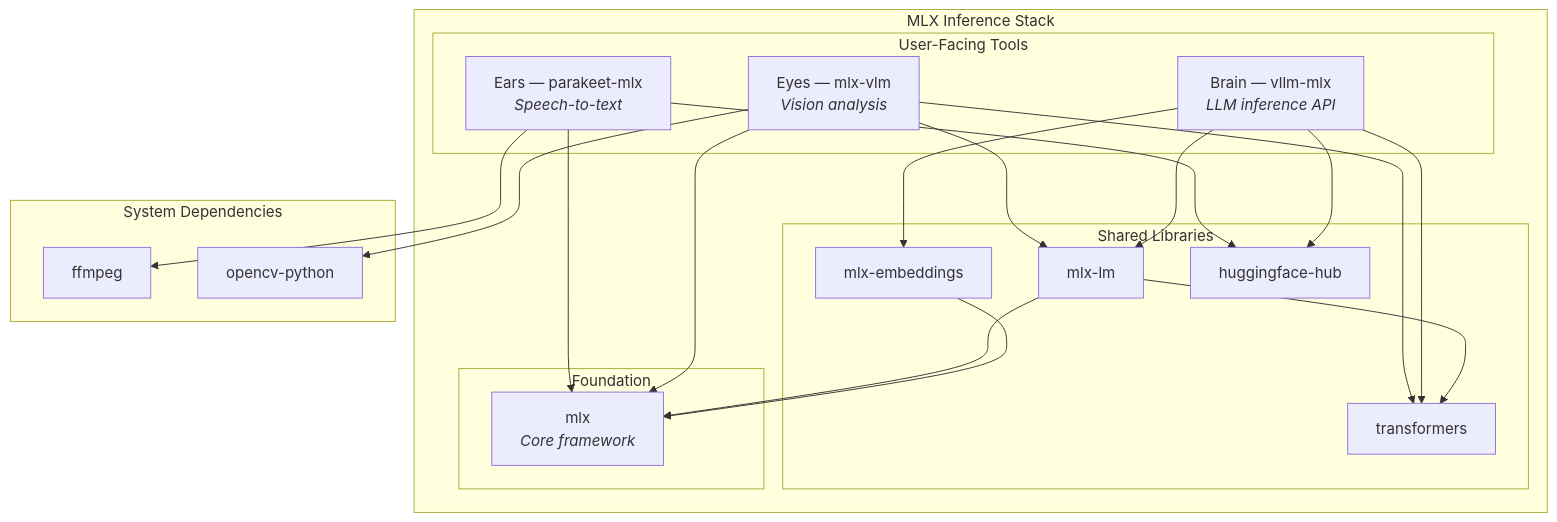
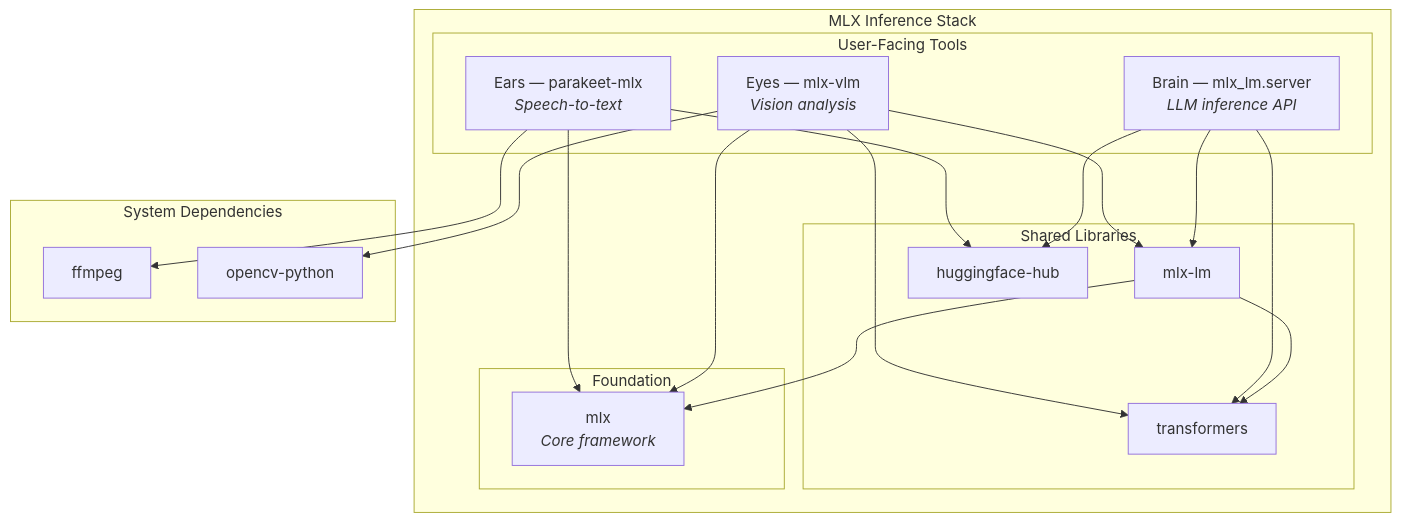
The diagram in docs/architecture/mlx-stack.md (dryvist/nix-ai), drawn with Mermaid before and after one commit. The commit also changed other lines of this file and 5 other files, not shown here.

Commit message:
docs(architecture): correct the serving backend to mlx-lm

````diff
--- a/docs/architecture/mlx-stack.md
+++ b/docs/architecture/mlx-stack.md
@@ -16,44 +22,41 @@
 ```mermaid
 graph TD
     subgraph "MLX Inference Stack"
         subgraph "User-Facing Tools"
             EARS["Ears — parakeet-mlx<br/><i>Speech-to-text</i>"]
             EYES["Eyes — mlx-vlm<br/><i>Vision analysis</i>"]
-            BRAIN["Brain — vllm-mlx<br/><i>LLM inference API</i>"]
+            BRAIN["Brain — mlx_lm.server<br/><i>LLM inference API</i>"]
         end
 
         subgraph "Shared Libraries"
             MLX_LM["mlx-lm"]
-            MLX_EMB["mlx-embeddings"]
             TRANSFORMERS["transformers"]
             HF_HUB["huggingface-hub"]
         end
 
         subgraph "Foundation"
             MLX["mlx<br/><i>Core framework</i>"]
         end
     end
 
     subgraph "System Dependencies"
         FFMPEG["ffmpeg"]
         OPENCV["opencv-python"]
     end
 
     EARS --> MLX
     EARS --> HF_HUB
     EARS --> FFMPEG
 
     EYES --> MLX_LM
     EYES --> MLX
     EYES --> TRANSFORMERS
     EYES --> OPENCV
 
     BRAIN --> MLX_LM
-    BRAIN --> MLX_EMB
     BRAIN --> TRANSFORMERS
     BRAIN --> HF_HUB
 
     MLX_LM --> MLX
     MLX_LM --> TRANSFORMERS
-    MLX_EMB --> MLX
 ```
````
